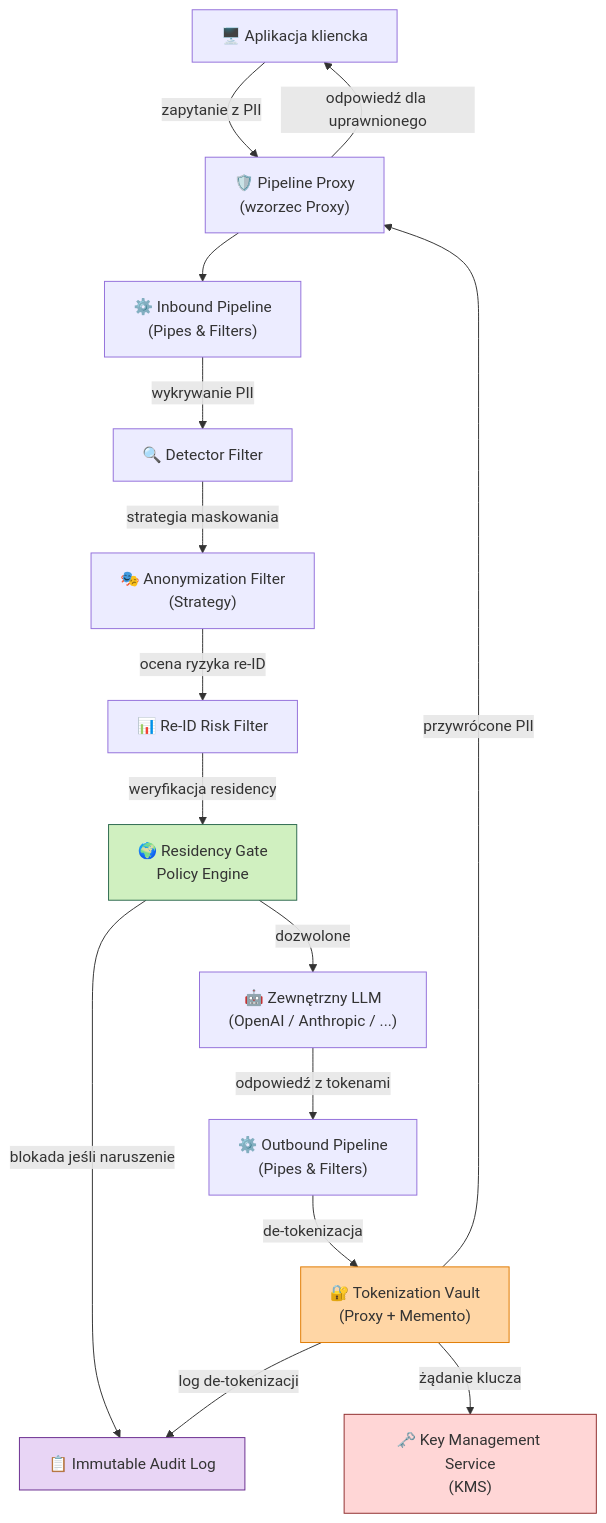
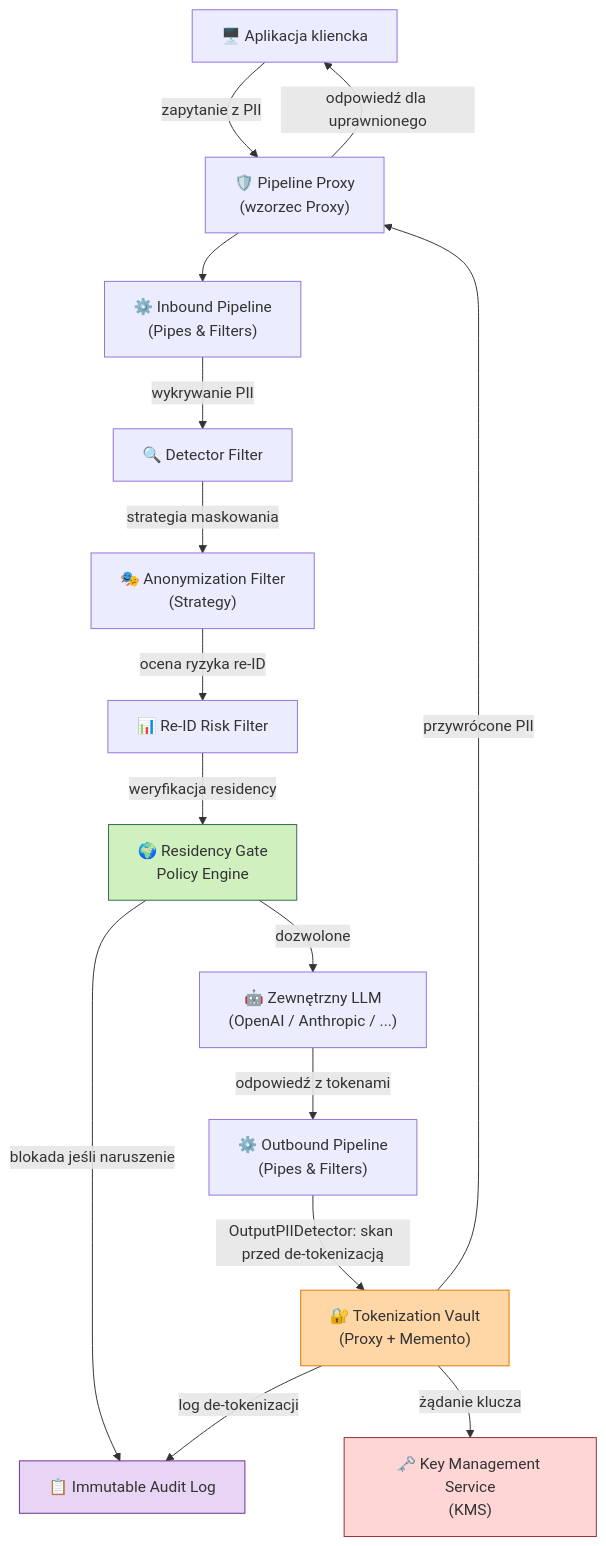
Before and after one commit to gniewekk/Privacy-Preserving-Context-Pipeline-for-LLMs-DP: the first of 14 diagrams in ARCHITECTURE.md, drawn with Mermaid. The commit also changed other lines of this file, not shown here.

Commit message:
architecture changed

````diff
--- a/ARCHITECTURE.md
+++ b/ARCHITECTURE.md
@@ -54,35 +54,35 @@
 ```mermaid
 flowchart TD
     Client["🖥️ Aplikacja kliencka"]
     PipelineProxy["🛡️ Pipeline Proxy\n(wzorzec Proxy)"]
     InboundPipeline["⚙️ Inbound Pipeline\n(Pipes & Filters)"]
     Vault["🔐 Tokenization Vault\n(Proxy + Memento)"]
     ResidencyGate["🌍 Residency Gate\nPolicy Engine"]
     ExtLLM["🤖 Zewnętrzny LLM\n(OpenAI / Anthropic / ...)"]
     OutboundPipeline["⚙️ Outbound Pipeline\n(Pipes & Filters)"]
     AuditLog["📋 Immutable Audit Log"]
     KeyManagement["🗝️ Key Management Service\n(KMS)"]
 
     Client -->|"zapytanie z PII"| PipelineProxy
     PipelineProxy --> InboundPipeline
 
     InboundPipeline -->|"wykrywanie PII"| D1["🔍 Detector Filter"]
     D1 -->|"strategia maskowania"| D2["🎭 Anonymization Filter\n(Strategy)"]
     D2 -->|"ocena ryzyka re-ID"| D3["📊 Re-ID Risk Filter"]
     D3 -->|"weryfikacja residency"| ResidencyGate
 
     ResidencyGate -->|"blokada jeśli naruszenie"| AuditLog
     ResidencyGate -->|"dozwolone"| ExtLLM
 
     ExtLLM -->|"odpowiedź z tokenami"| OutboundPipeline
-    OutboundPipeline -->|"de-tokenizacja"| Vault
+    OutboundPipeline -->|"OutputPIIDetector: skan przed de-tokenizacją"| Vault
     Vault -->|"żądanie klucza"| KeyManagement
     Vault -->|"log de-tokenizacji"| AuditLog
     Vault -->|"przywrócone PII"| PipelineProxy
     PipelineProxy -->|"odpowiedź dla uprawnionego"| Client
 
     style Vault fill:#ffd6a5,stroke:#e07a00
     style ResidencyGate fill:#d0f0c0,stroke:#2d6a4f
     style AuditLog fill:#e8d5f5,stroke:#6a2d8f
     style KeyManagement fill:#ffd6d6,stroke:#8f2d2d
 ```
````
